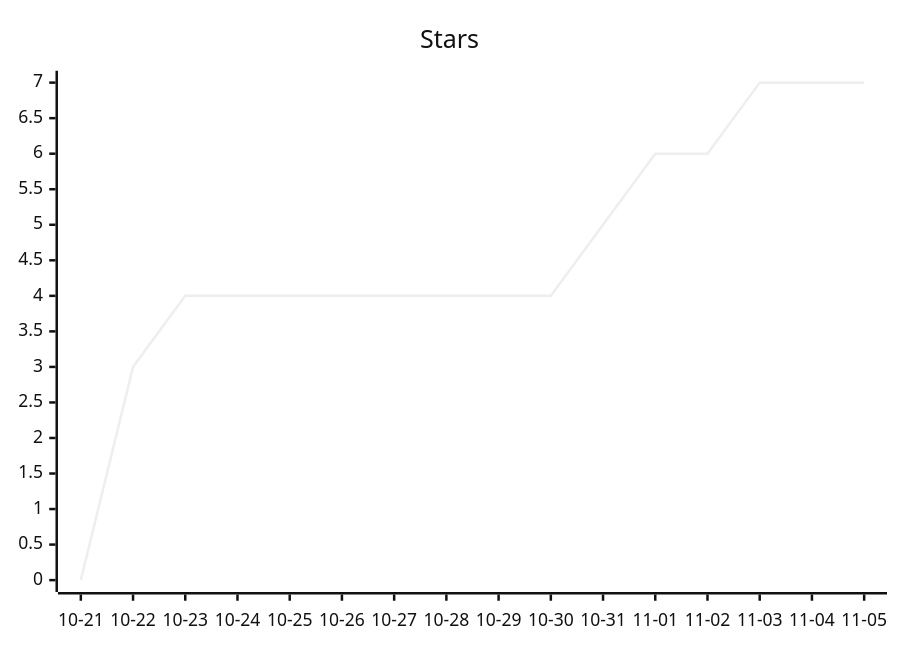
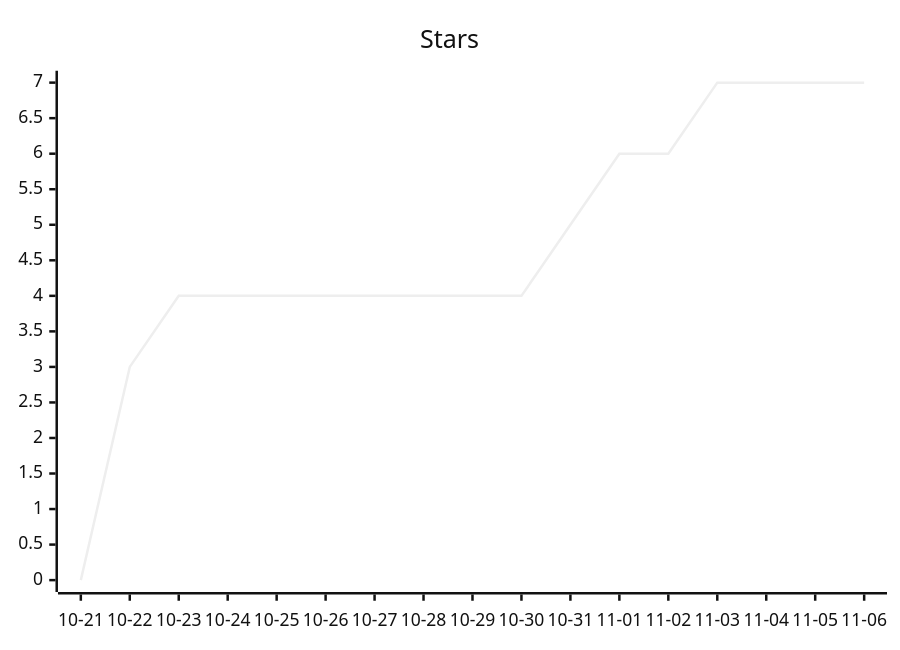
One commit to ArtemkaGoldMan/ContextSwitcher changed the second of 3 diagrams in README.md. Above: the diagram before and after it, drawn with Mermaid (neutral theme). The commit also changed other lines of this file and 6 other files, not shown here.

````diff
--- a/README.md
+++ b/README.md
@@ -43,6 +43,6 @@
 ```mermaid
 xychart-beta
     title "Stars"
-    x-axis ["10-21", "10-22", "10-23", "10-24", "10-25", "10-26", "10-27", "10-28", "10-29", "10-30", "10-31", "11-01", "11-02", "11-03", "11-04", "11-05"]
-    line [0, 3, 4, 4, 4, 4, 4, 4, 4, 4, 5, 6, 6, 7, 7, 7]
+    x-axis ["10-21", "10-22", "10-23", "10-24", "10-25", "10-26", "10-27", "10-28", "10-29", "10-30", "10-31", "11-01", "11-02", "11-03", "11-04", "11-05", "11-06"]
+    line [0, 3, 4, 4, 4, 4, 4, 4, 4, 4, 5, 6, 6, 7, 7, 7, 7]
 ```
````
